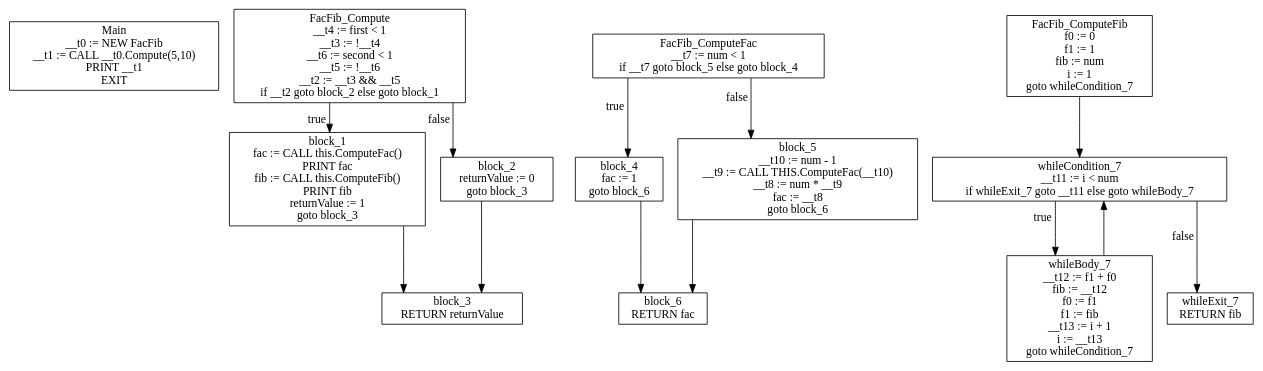
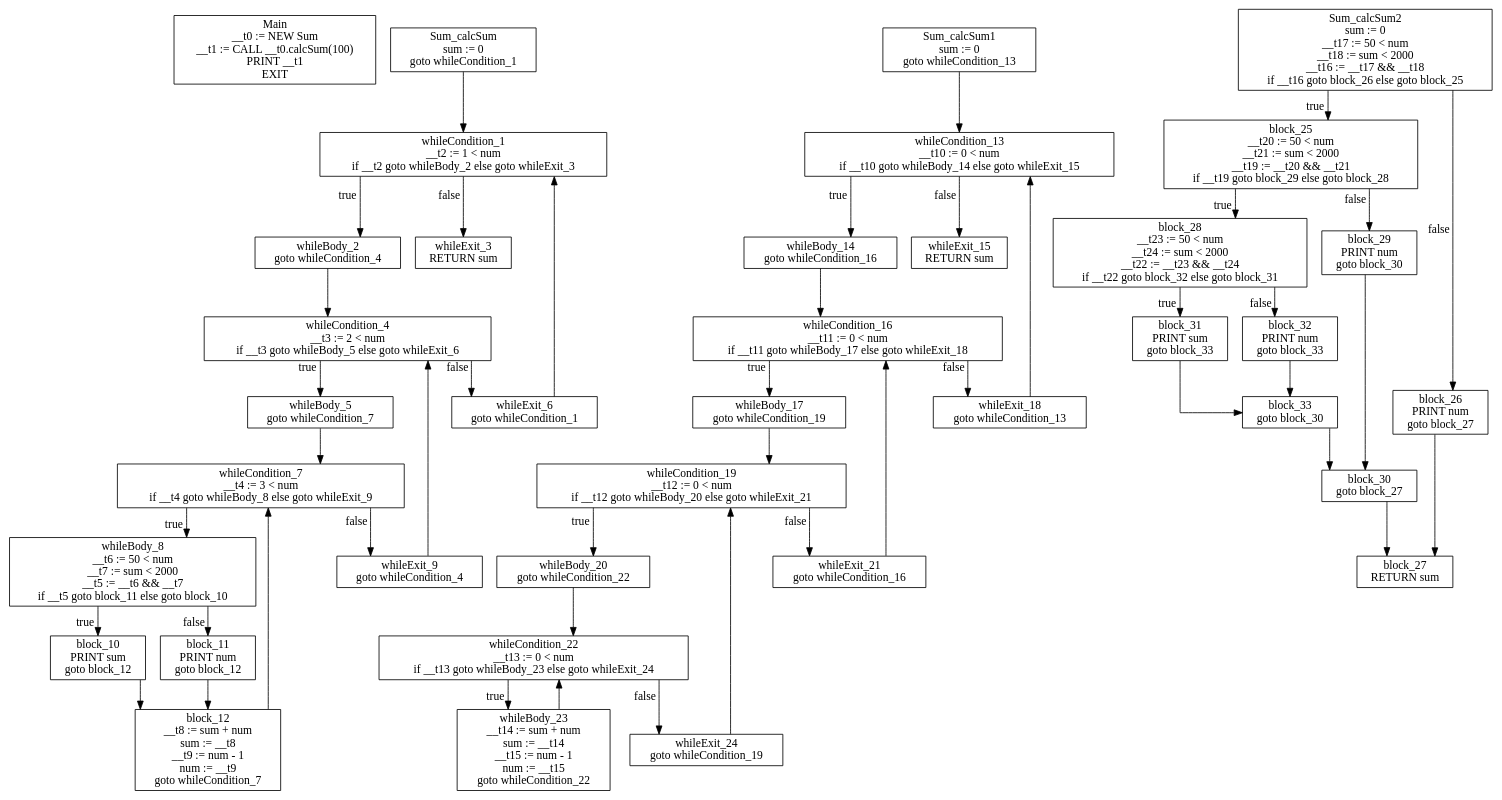
Before and after one commit to KarmaSora/Compiler: the diagram in gettingStarted/cfg.dot, drawn with Graphviz. The commit also changed 7 other files, not shown here.

Commit message:
corrected the order of input for Tac, updated While condition

```diff
--- a/gettingStarted/cfg.dot
+++ b/gettingStarted/cfg.dot
@@ -1,29 +1,85 @@
 digraph CFG {
 graph [splines=ortho];
 node [shape=box];
-Main [label="Main\n__t0 := NEW FacFib\n__t1 := CALL __t0.Compute(5,10)\nPRINT __t1\nEXIT\n"];
-FacFib_Compute -> block_1 [xlabel="true"];
-FacFib_Compute -> block_2 [xlabel="false"];
-FacFib_Compute [label="FacFib_Compute\n__t4 := first < 1\n__t3 := !__t4\n__t6 := second < 1\n__t5 := !__t6\n__t2 := __t3 && __t5\nif __t2 goto block_2 else goto block_1\n"];
-block_1 -> block_3;
-block_1 [label="block_1\nfac := CALL this.ComputeFac()\nPRINT fac\nfib := CALL this.ComputeFib()\nPRINT fib\nreturnValue := 1\ngoto block_3\n"];
-block_2 -> block_3;
-block_2 [label="block_2\nreturnValue := 0\ngoto block_3\n"];
-block_3 [label="block_3\nRETURN returnValue\n"];
-FacFib_ComputeFac -> block_4 [xlabel="true"];
-FacFib_ComputeFac -> block_5 [xlabel="false"];
-FacFib_ComputeFac [label="FacFib_ComputeFac\n__t7 := num < 1\nif __t7 goto block_5 else goto block_4\n"];
-block_4 -> block_6;
-block_4 [label="block_4\nfac := 1\ngoto block_6\n"];
-block_5 -> block_6;
-block_5 [label="block_5\n__t10 := num - 1\n__t9 := CALL THIS.ComputeFac(__t10)\n__t8 := num * __t9\nfac := __t8\ngoto block_6\n"];
-block_6 [label="block_6\nRETURN fac\n"];
-FacFib_ComputeFib -> whileCondition_7;
-FacFib_ComputeFib [label="FacFib_ComputeFib\nf0 := 0\nf1 := 1\nfib := num\ni := 1\ngoto whileCondition_7\n"];
-whileCondition_7 -> whileBody_7 [xlabel="true"];
-whileCondition_7 -> whileExit_7 [xlabel="false"];
-whileCondition_7 [label="whileCondition_7\n__t11 := i < num\nif whileExit_7 goto __t11 else goto whileBody_7\n"];
-whileBody_7 -> whileCondition_7;
-whileBody_7 [label="whileBody_7\n__t12 := f1 + f0\nfib := __t12\nf0 := f1\nf1 := fib\n__t13 := i + 1\ni := __t13\ngoto whileCondition_7\n"];
-whileExit_7 [label="whileExit_7\nRETURN fib\n"];
+Main [label="Main\n__t0 := NEW Sum\n__t1 := CALL __t0.calcSum(100)\nPRINT __t1\nEXIT\n"];
+Sum_calcSum -> whileCondition_1;
+Sum_calcSum [label="Sum_calcSum\nsum := 0\ngoto whileCondition_1\n"];
+whileCondition_1 -> whileBody_2 [xlabel="true"];
+whileCondition_1 -> whileExit_3 [xlabel="false"];
+whileCondition_1 [label="whileCondition_1\n__t2 := 1 < num\nif __t2 goto whileBody_2 else goto whileExit_3\n"];
+whileBody_2 -> whileCondition_4;
+whileBody_2 [label="whileBody_2\ngoto whileCondition_4\n"];
+whileExit_3 [label="whileExit_3\nRETURN sum\n"];
+whileCondition_4 -> whileBody_5 [xlabel="true"];
+whileCondition_4 -> whileExit_6 [xlabel="false"];
+whileCondition_4 [label="whileCondition_4\n__t3 := 2 < num\nif __t3 goto whileBody_5 else goto whileExit_6\n"];
+whileBody_5 -> whileCondition_7;
+whileBody_5 [label="whileBody_5\ngoto whileCondition_7\n"];
+whileExit_6 -> whileCondition_1;
+whileExit_6 [label="whileExit_6\ngoto whileCondition_1\n"];
+whileCondition_7 -> whileBody_8 [xlabel="true"];
+whileCondition_7 -> whileExit_9 [xlabel="false"];
+whileCondition_7 [label="whileCondition_7\n__t4 := 3 < num\nif __t4 goto whileBody_8 else goto whileExit_9\n"];
+whileBody_8 -> block_10 [xlabel="true"];
+whileBody_8 -> block_11 [xlabel="false"];
+whileBody_8 [label="whileBody_8\n__t6 := 50 < num\n__t7 := sum < 2000\n__t5 := __t6 && __t7\nif __t5 goto block_11 else goto block_10\n"];
+whileExit_9 -> whileCondition_4;
+whileExit_9 [label="whileExit_9\ngoto whileCondition_4\n"];
+block_10 -> block_12;
+block_10 [label="block_10\nPRINT sum\ngoto block_12\n"];
+block_11 -> block_12;
+block_11 [label="block_11\nPRINT num\ngoto block_12\n"];
+block_12 -> whileCondition_7;
+block_12 [label="block_12\n__t8 := sum + num\nsum := __t8\n__t9 := num - 1\nnum := __t9\ngoto whileCondition_7\n"];
+Sum_calcSum1 -> whileCondition_13;
+Sum_calcSum1 [label="Sum_calcSum1\nsum := 0\ngoto whileCondition_13\n"];
+whileCondition_13 -> whileBody_14 [xlabel="true"];
+whileCondition_13 -> whileExit_15 [xlabel="false"];
+whileCondition_13 [label="whileCondition_13\n__t10 := 0 < num\nif __t10 goto whileBody_14 else goto whileExit_15\n"];
+whileBody_14 -> whileCondition_16;
+whileBody_14 [label="whileBody_14\ngoto whileCondition_16\n"];
+whileExit_15 [label="whileExit_15\nRETURN sum\n"];
+whileCondition_16 -> whileBody_17 [xlabel="true"];
+whileCondition_16 -> whileExit_18 [xlabel="false"];
+whileCondition_16 [label="whileCondition_16\n__t11 := 0 < num\nif __t11 goto whileBody_17 else goto whileExit_18\n"];
+whileBody_17 -> whileCondition_19;
+whileBody_17 [label="whileBody_17\ngoto whileCondition_19\n"];
+whileExit_18 -> whileCondition_13;
+whileExit_18 [label="whileExit_18\ngoto whileCondition_13\n"];
+whileCondition_19 -> whileBody_20 [xlabel="true"];
+whileCondition_19 -> whileExit_21 [xlabel="false"];
+whileCondition_19 [label="whileCondition_19\n__t12 := 0 < num\nif __t12 goto whileBody_20 else goto whileExit_21\n"];
+whileBody_20 -> whileCondition_22;
+whileBody_20 [label="whileBody_20\ngoto whileCondition_22\n"];
+whileExit_21 -> whileCondition_16;
+whileExit_21 [label="whileExit_21\ngoto whileCondition_16\n"];
+whileCondition_22 -> whileBody_23 [xlabel="true"];
+whileCondition_22 -> whileExit_24 [xlabel="false"];
+whileCondition_22 [label="whileCondition_22\n__t13 := 0 < num\nif __t13 goto whileBody_23 else goto whileExit_24\n"];
+whileBody_23 -> whileCondition_22;
+whileBody_23 [label="whileBody_23\n__t14 := sum + num\nsum := __t14\n__t15 := num - 1\nnum := __t15\ngoto whileCondition_22\n"];
+whileExit_24 -> whileCondition_19;
+whileExit_24 [label="whileExit_24\ngoto whileCondition_19\n"];
+Sum_calcSum2 -> block_25 [xlabel="true"];
+Sum_calcSum2 -> block_26 [xlabel="false"];
+Sum_calcSum2 [label="Sum_calcSum2\nsum := 0\n__t17 := 50 < num\n__t18 := sum < 2000\n__t16 := __t17 && __t18\nif __t16 goto block_26 else goto block_25\n"];
+block_25 -> block_28 [xlabel="true"];
+block_25 -> block_29 [xlabel="false"];
+block_25 [label="block_25\n__t20 := 50 < num\n__t21 := sum < 2000\n__t19 := __t20 && __t21\nif __t19 goto block_29 else goto block_28\n"];
+block_26 -> block_27;
+block_26 [label="block_26\nPRINT num\ngoto block_27\n"];
+block_27 [label="block_27\nRETURN sum\n"];
+block_28 -> block_31 [xlabel="true"];
+block_28 -> block_32 [xlabel="false"];
+block_28 [label="block_28\n__t23 := 50 < num\n__t24 := sum < 2000\n__t22 := __t23 && __t24\nif __t22 goto block_32 else goto block_31\n"];
+block_29 -> block_30;
+block_29 [label="block_29\nPRINT num\ngoto block_30\n"];
+block_30 -> block_27;
+block_30 [label="block_30\ngoto block_27\n"];
+block_31 -> block_33;
+block_31 [label="block_31\nPRINT sum\ngoto block_33\n"];
+block_32 -> block_33;
+block_32 [label="block_32\nPRINT num\ngoto block_33\n"];
+block_33 -> block_30;
+block_33 [label="block_33\ngoto block_30\n"];
 }
```
